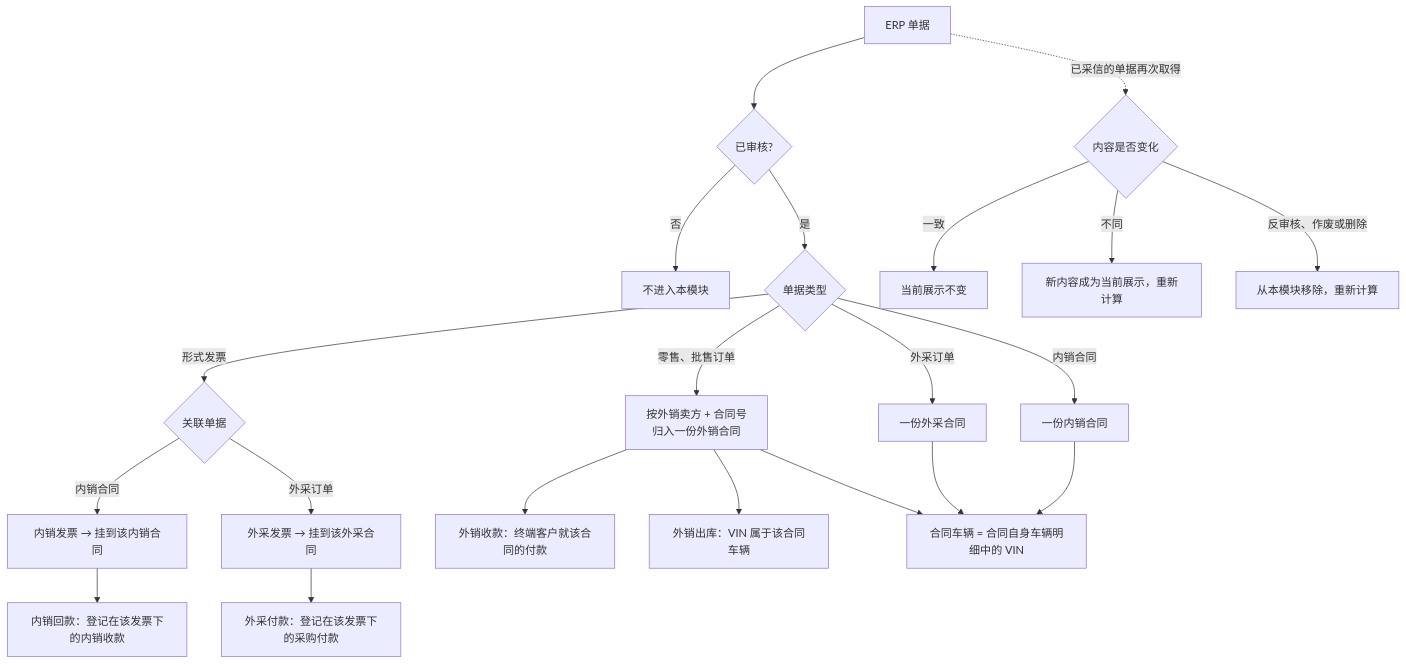
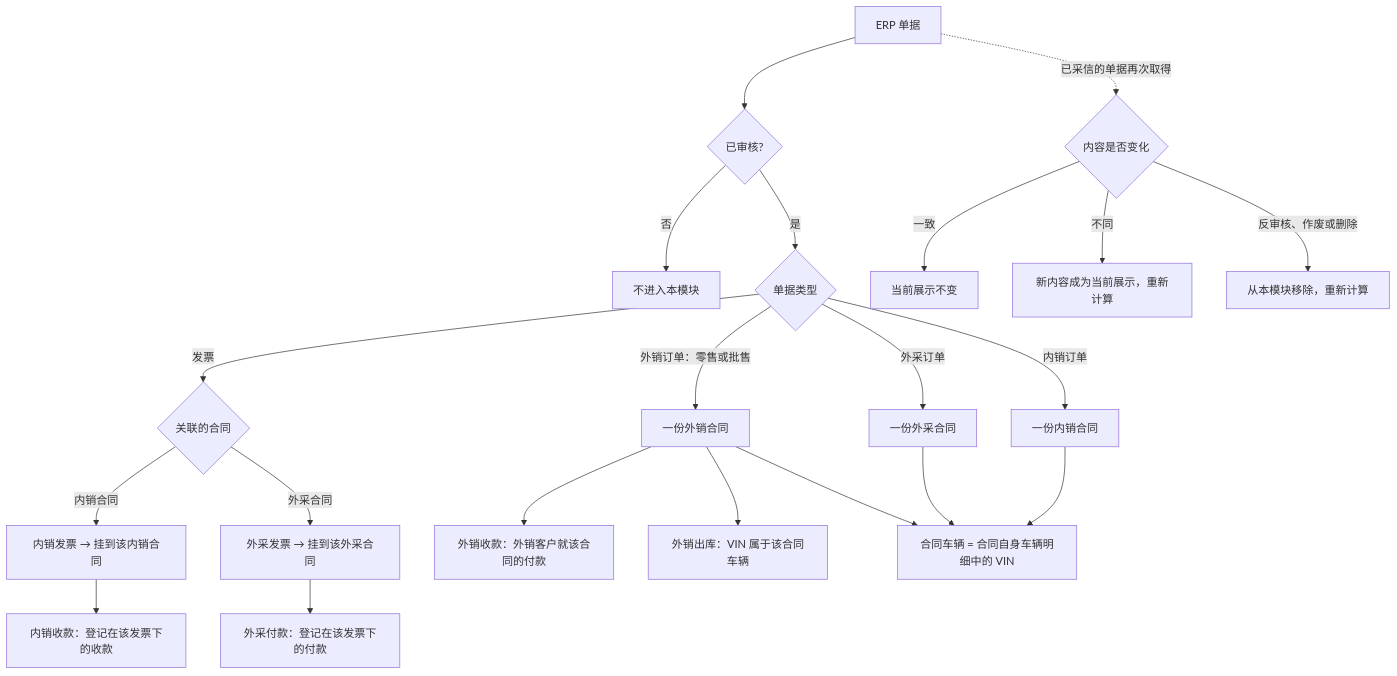
Before and after one commit to wxblockchain/Chain-Financing: the second of 3 diagrams in asset-trust-platform/PRD/运营端/M4-合同信息/02-合同信息-流程图与状态机.md, drawn with Mermaid. The commit also changed other lines of this file and 3 other files, not shown here.

````diff
--- a/asset-trust-platform/PRD/运营端/M4-合同信息/02-合同信息-流程图与状态机.md
+++ b/asset-trust-platform/PRD/运营端/M4-合同信息/02-合同信息-流程图与状态机.md
@@ -38,23 +38,23 @@
 ```mermaid
 flowchart TD
     A[ERP 单据] --> B{已审核?}
     B -->|否| X[不进入本模块]
     B -->|是| C{单据类型}
-    C -->|内销合同| DC[一份内销合同]
+    C -->|内销订单| DC[一份内销合同]
     C -->|外采订单| PC[一份外采合同]
-    C -->|零售、批售订单| EC[按外销卖方 + 合同号<br/>归入一份外销合同]
-    C -->|形式发票| PI{关联单据}
+    C -->|外销订单：零售或批售| EC[一份外销合同]
+    C -->|发票| PI{关联的合同}
     PI -->|内销合同| DI[内销发票 → 挂到该内销合同]
-    PI -->|外采订单| PPI[外采发票 → 挂到该外采合同]
-    DI --> DR[内销回款：登记在该发票下的内销收款]
-    PPI --> PP[外采付款：登记在该发票下的采购付款]
-    EC --> ER[外销收款：终端客户就该合同的付款]
+    PI -->|外采合同| PPI[外采发票 → 挂到该外采合同]
+    DI --> DR[内销收款：登记在该发票下的收款]
+    PPI --> PP[外采付款：登记在该发票下的付款]
+    EC --> ER[外销收款：外销客户就该合同的付款]
     EC --> EO[外销出库：VIN 属于该合同车辆]
     DC --> VEH[合同车辆 = 合同自身车辆明细中的 VIN]
     PC --> VEH
     EC --> VEH
     A -. 已采信的单据再次取得 .-> U{内容是否变化}
     U -->|一致| K[当前展示不变]
     U -->|不同| N[新内容成为当前展示，重新计算]
     U -->|反审核、作废或删除| M[从本模块移除，重新计算]
 ```
````
